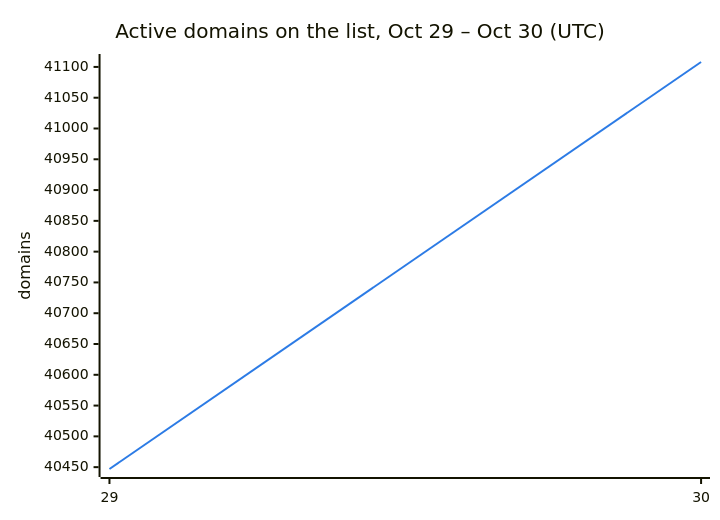
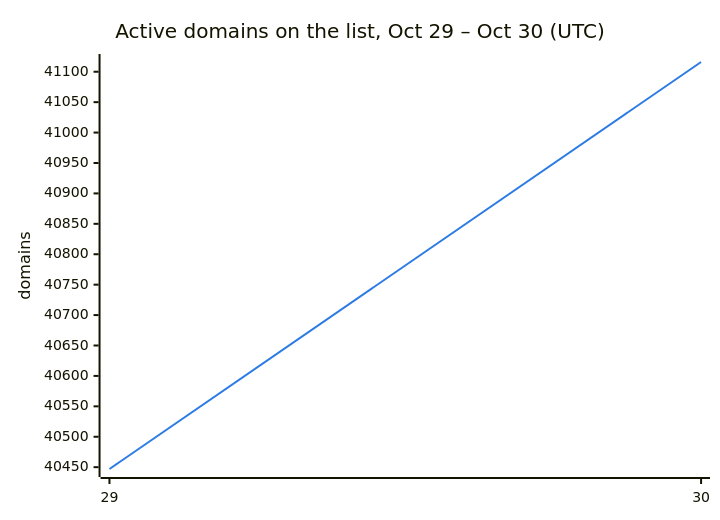
One commit to DNSBunker/CTI changed the second of 3 diagrams in README.md. Above: the diagram before and after it, drawn with Mermaid. The commit also changed other lines of this file and 3 other files, not shown here.

````diff
--- a/README.md
+++ b/README.md
@@ -38,8 +38,8 @@
 ```mermaid
 %%{init: {"themeVariables": {"xyChart": {"plotColorPalette": "#2c7be5"}}}}%%
 xychart-beta
     title "Active domains on the list, Oct 29 – Oct 30 (UTC)"
     x-axis ["29", "30"]
     y-axis "domains"
-    line [40447, 41108]
+    line [40447, 41116]
 ```
````
